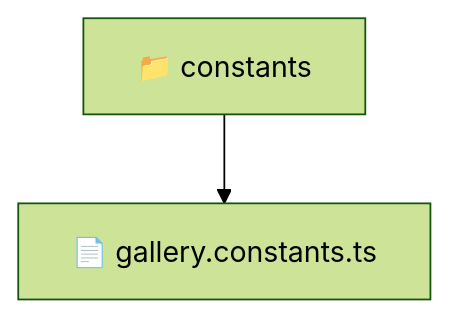
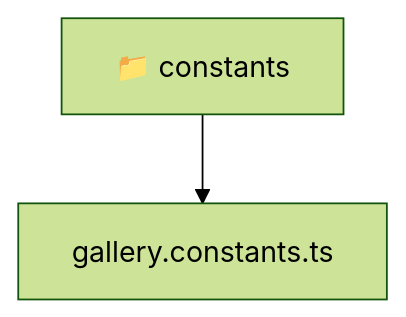
Before and after one commit to beginwebdev2002/fullstack-mavluda: the diagram in frontend/src/entities/gallery/constants/README.md, drawn with Mermaid (forest theme). The commit also changed other lines of this file and 167 other files, not shown here.

````diff
--- a/frontend/src/entities/gallery/constants/README.md
+++ b/frontend/src/entities/gallery/constants/README.md
@@ -11,5 +11,6 @@
 ```mermaid
 graph TD
-  Root["📁 constants"]
-  Root --> gallery_constants_ts["📄 gallery.constants.ts"]
+  Root_constants["📁 constants"]
+  f_gallery_constants_ts["gallery.constants.ts"]
+  Root_constants --> f_gallery_constants_ts
 ```
````
